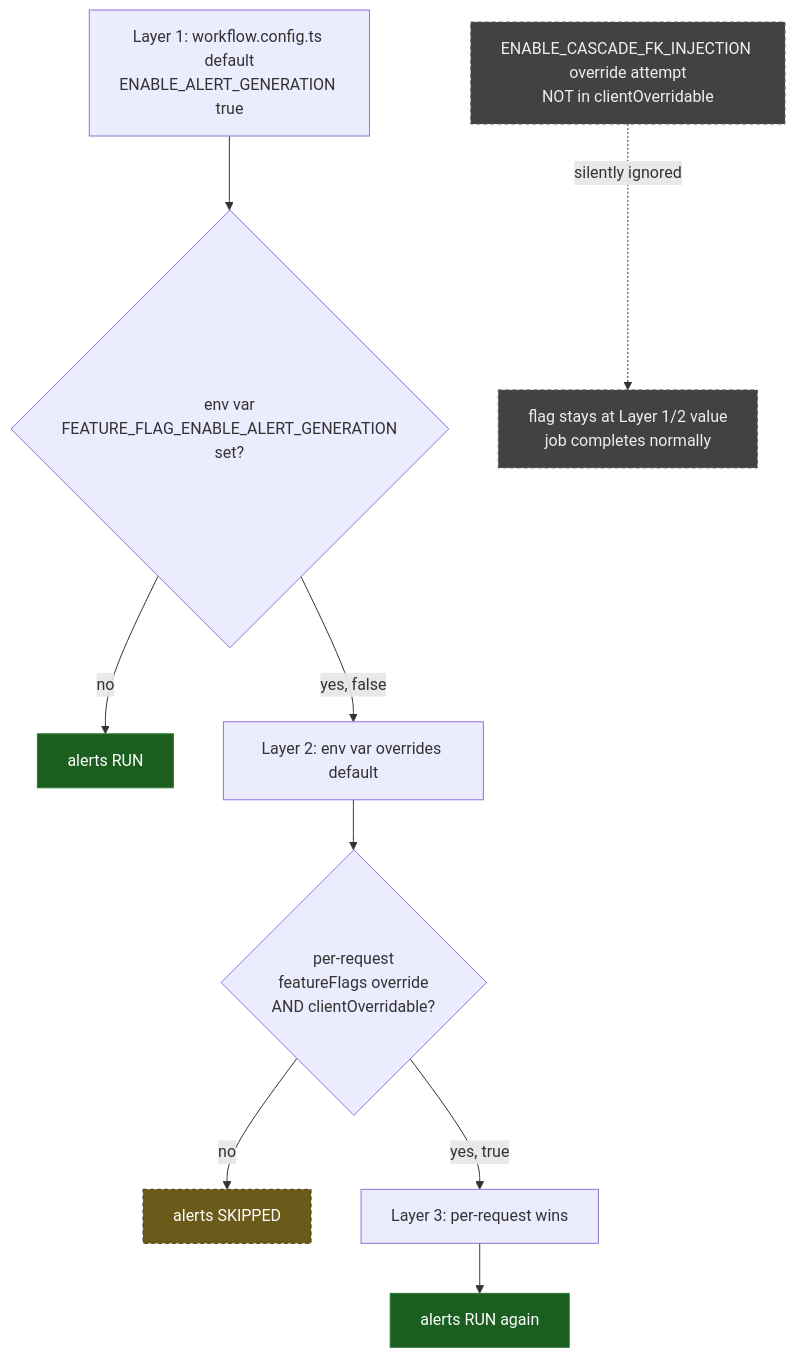
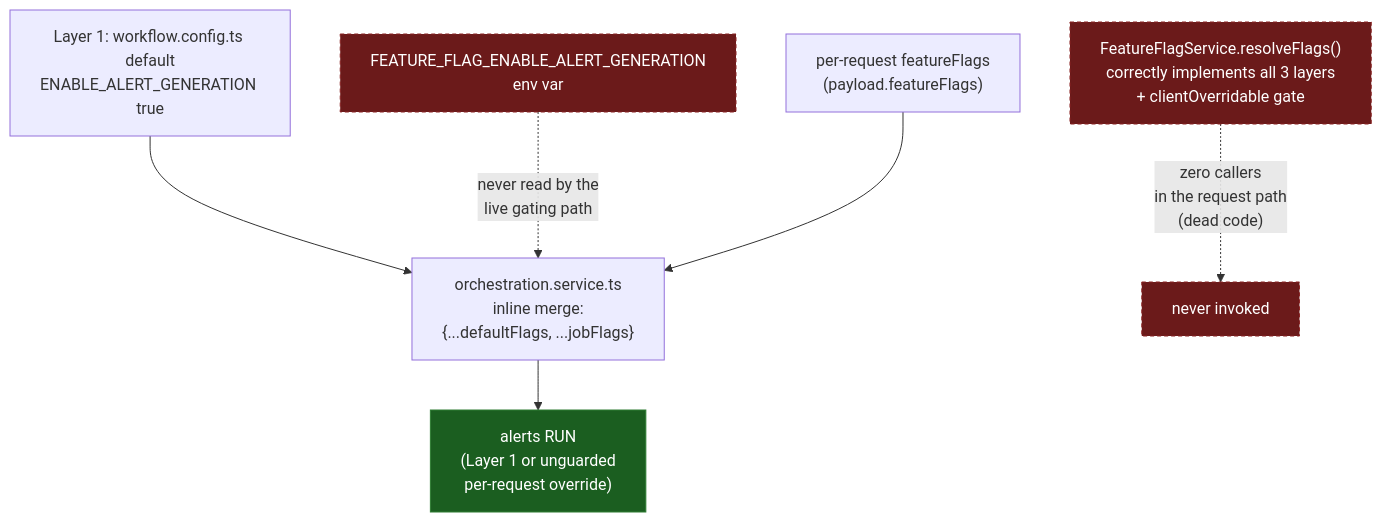
One commit to inctasoft/setpoint-evals-dtm-examples changed the diagram in workflows/iot-sensor-pipeline/setpoint-evals/SE-07-feature-flag-layering/README.md. Above: the diagram before and after it, drawn with Mermaid. The commit also changed other lines of this file and 2 other files, not shown here.

````diff
--- a/workflows/iot-sensor-pipeline/setpoint-evals/SE-07-feature-flag-layering/README.md
+++ b/workflows/iot-sensor-pipeline/setpoint-evals/SE-07-feature-flag-layering/README.md
@@ -42,19 +47,14 @@
 ```mermaid
 flowchart TD
-    L1["Layer 1: workflow.config.ts default<br/>ENABLE_ALERT_GENERATION true"] --> L2Check{"env var<br/>FEATURE_FLAG_ENABLE_ALERT_GENERATION<br/>set?"}
-    L2Check -- no --> ResultRun1["alerts RUN"]
-    L2Check -- "yes, false" --> L2["Layer 2: env var overrides default"]
-    L2 --> L3Check{"per-request<br/>featureFlags override<br/>AND clientOverridable?"}
-    L3Check -- no --> ResultSkip["alerts SKIPPED"]
-    L3Check -- "yes, true" --> L3["Layer 3: per-request wins"]
-    L3 --> ResultRun2["alerts RUN again"]
+    L1["Layer 1: workflow.config.ts default<br/>ENABLE_ALERT_GENERATION true"] --> Merge["orchestration.service.ts<br/>inline merge:<br/>{...defaultFlags, ...jobFlags}"]
+    EnvVar["FEATURE_FLAG_ENABLE_ALERT_GENERATION<br/>env var"] -.->|"never read by the<br/>live gating path"| Merge
+    JobFlags["per-request featureFlags<br/>(payload.featureFlags)"] --> Merge
+    Merge --> ResultRun1["alerts RUN<br/>(Layer 1 or unguarded<br/>per-request override)"]
 
-    Gate["ENABLE_CASCADE_FK_INJECTION override attempt<br/>NOT in clientOverridable"] -.->|"silently ignored"| GateResult["flag stays at Layer 1/2 value<br/>job completes normally"]
+    Dead["FeatureFlagService.resolveFlags()<br/>correctly implements all 3 layers<br/>+ clientOverridable gate"] -.->|"zero callers<br/>in the request path<br/>(dead code)"| Nowhere["never invoked"]
 
     classDef ok fill:#1b5e20,stroke:#2e7d32,color:#fff
-    classDef skip fill:#6b5b1a,stroke:#4d3d0d,color:#fff,stroke-dasharray: 4 3
-    classDef gate fill:#424242,stroke:#616161,color:#eee,stroke-dasharray: 4 3
-    class ResultRun1,ResultRun2 ok
-    class ResultSkip skip
-    class Gate,GateResult gate
+    classDef gap fill:#6b1a1a,stroke:#8a2424,color:#fff,stroke-dasharray: 4 3
+    class ResultRun1 ok
+    class EnvVar,Dead,Nowhere gap
 ```
````
